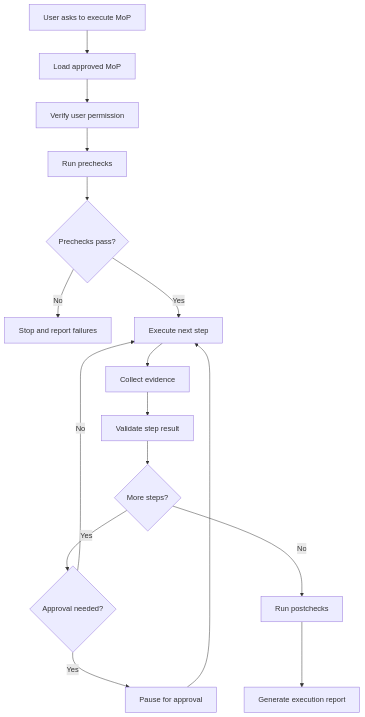
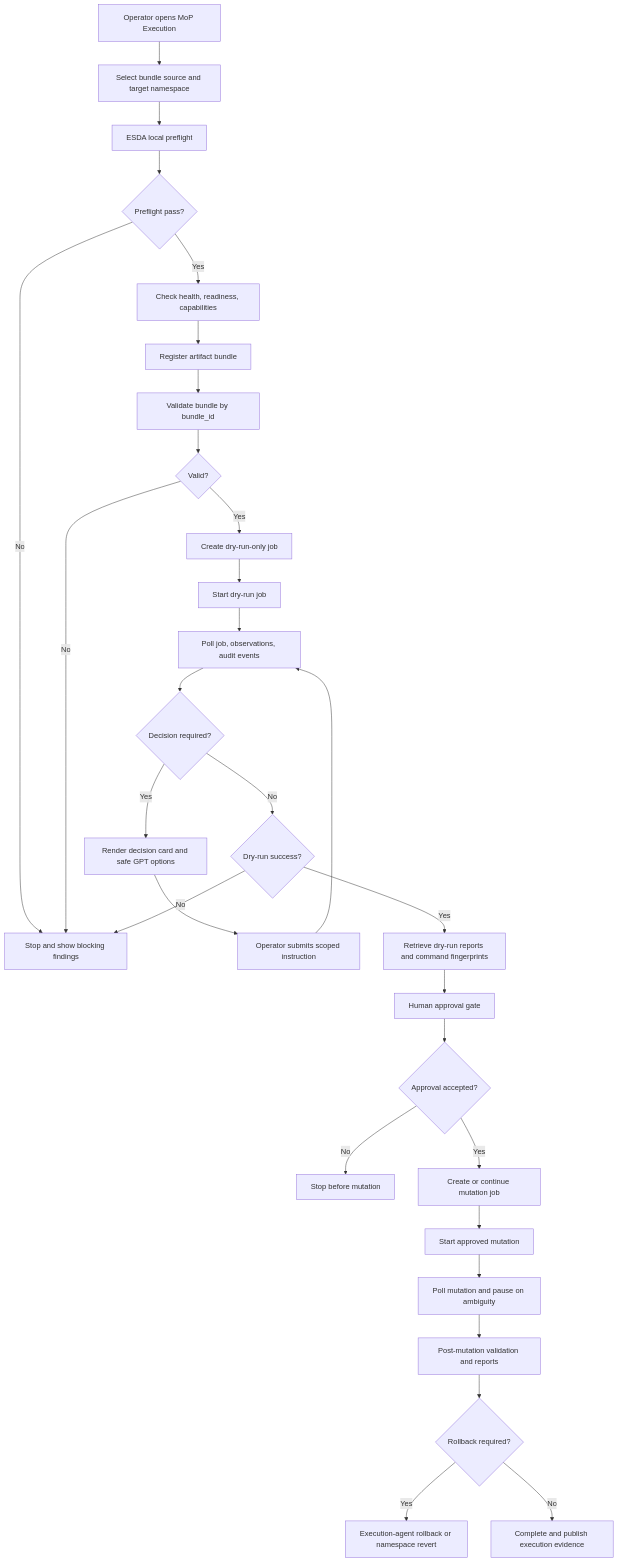
Before and after one commit to aveeshek/bosgenesis-esda: the eighth of 15 diagrams in knowledge-base/bosgenesis_esda_chatbot_lld.md, drawn with Mermaid. The commit also changed other lines of this file and 26 other files, not shown here.

````diff
--- a/knowledge-base/bosgenesis_esda_chatbot_lld.md
+++ b/knowledge-base/bosgenesis_esda_chatbot_lld.md
@@ -2121,18 +2227,32 @@
 ```mermaid
 flowchart TD
-    A[User asks to execute MoP] --> B[Load approved MoP]
-    B --> C[Verify user permission]
-    C --> D[Run prechecks]
-    D --> E{Prechecks pass?}
-    E -->|No| F[Stop and report failures]
-    E -->|Yes| G[Execute next step]
-    G --> H[Collect evidence]
-    H --> I[Validate step result]
-    I --> J{More steps?}
-    J -->|Yes| K{Approval needed?}
-    K -->|Yes| L[Pause for approval]
-    L --> G
-    K -->|No| G
-    J -->|No| M[Run postchecks]
-    M --> N[Generate execution report]
+    A[Operator opens MoP Execution] --> B[Select bundle source and target namespace]
+    B --> C[ESDA local preflight]
+    C --> D{Preflight pass?}
+    D -->|No| X[Stop and show blocking findings]
+    D -->|Yes| E[Check health, readiness, capabilities]
+    E --> F[Register artifact bundle]
+    F --> G[Validate bundle by bundle_id]
+    G --> H{Valid?}
+    H -->|No| X
+    H -->|Yes| I[Create dry-run-only job]
+    I --> J[Start dry-run job]
+    J --> K[Poll job, observations, audit events]
+    K --> L{Decision required?}
+    L -->|Yes| M[Render decision card and safe GPT options]
+    M --> N[Operator submits scoped instruction]
+    N --> K
+    L -->|No| O{Dry-run success?}
+    O -->|No| X
+    O -->|Yes| P[Retrieve dry-run reports and command fingerprints]
+    P --> Q[Human approval gate]
+    Q --> R{Approval accepted?}
+    R -->|No| S[Stop before mutation]
+    R -->|Yes| T[Create or continue mutation job]
+    T --> U[Start approved mutation]
+    U --> V[Poll mutation and pause on ambiguity]
+    V --> W[Post-mutation validation and reports]
+    W --> Y{Rollback required?}
+    Y -->|Yes| Z[Execution-agent rollback or namespace revert]
+    Y -->|No| AA[Complete and publish execution evidence]
 ```
````
